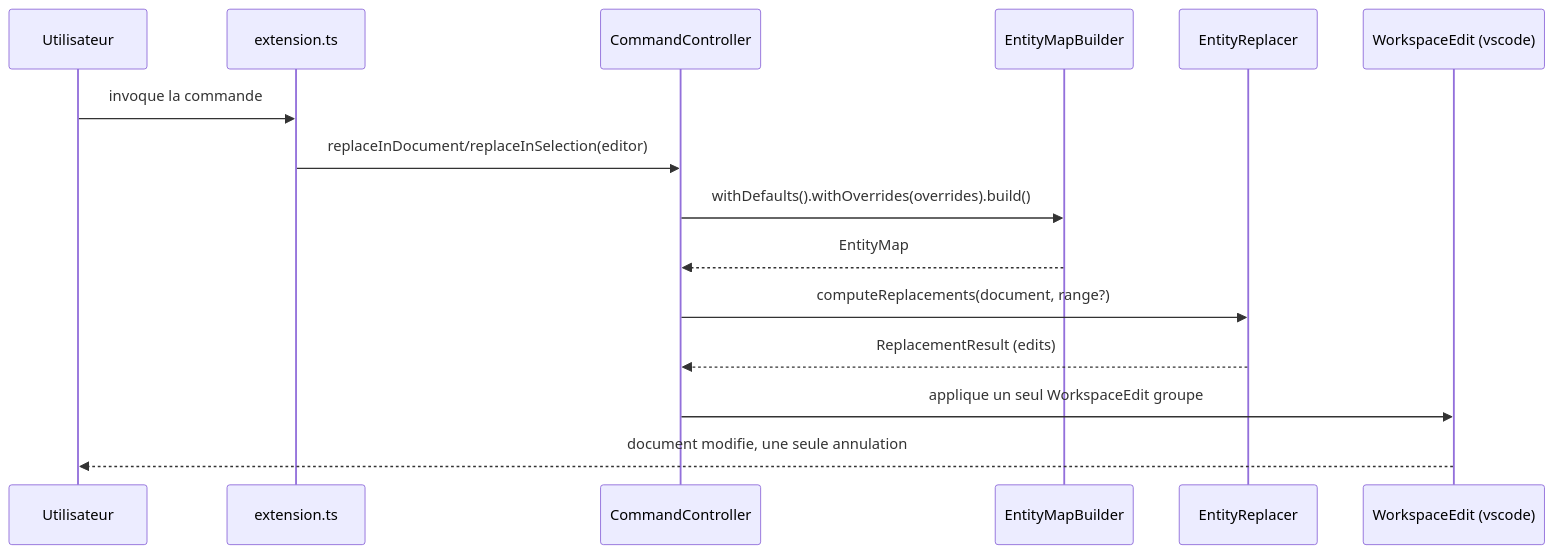
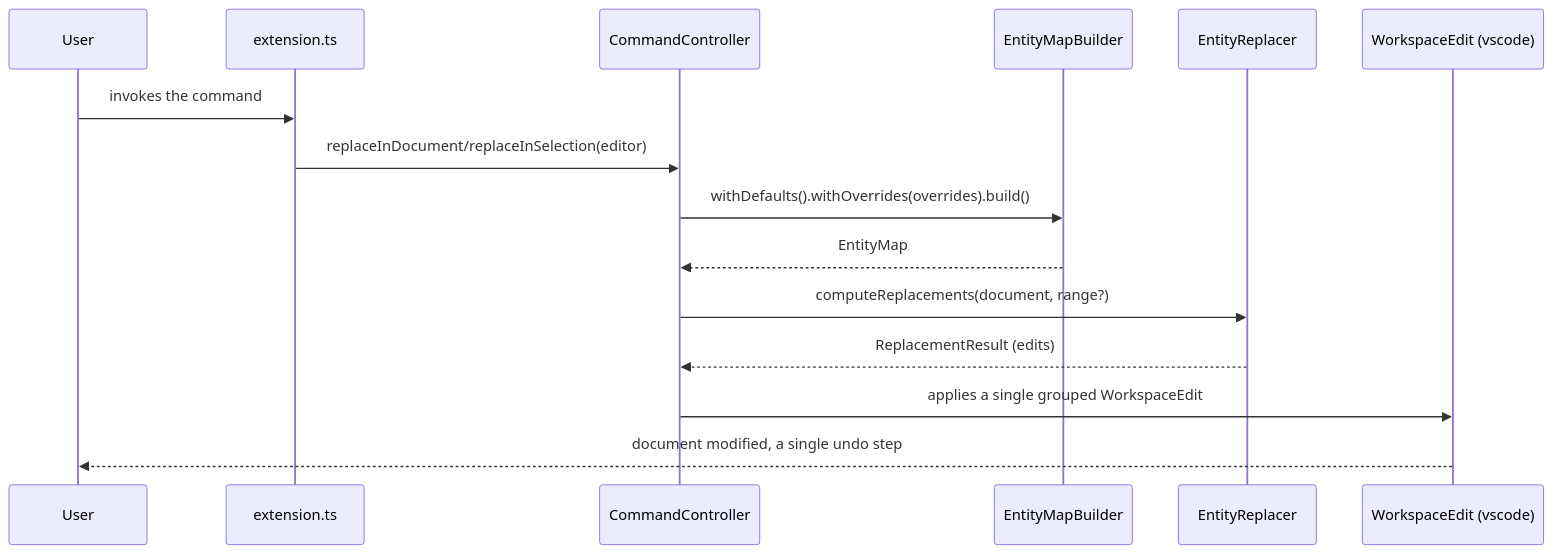
The second of 2 diagrams in docs/architecture.md (ducks-project/htmlentityswaper), drawn with Mermaid before and after one commit. The commit also changed other lines of this file and 25 other files, not shown here.

````diff
--- a/docs/architecture.md
+++ b/docs/architecture.md
@@ -62,18 +62,18 @@
 ```mermaid
 sequenceDiagram
-  participant U as Utilisateur
+  participant U as User
   participant X as extension.ts
   participant C as CommandController
   participant B as EntityMapBuilder
   participant R as EntityReplacer
   participant W as WorkspaceEdit (vscode)
 
-  U->>X: invoque la commande
+  U->>X: invokes the command
   X->>C: replaceInDocument/replaceInSelection(editor)
   C->>B: withDefaults().withOverrides(overrides).build()
   B-->>C: EntityMap
   C->>R: computeReplacements(document, range?)
   R-->>C: ReplacementResult (edits)
-  C->>W: applique un seul WorkspaceEdit groupe
-  W-->>U: document modifie, une seule annulation
+  C->>W: applies a single grouped WorkspaceEdit
+  W-->>U: document modified, a single undo step
 ```
````
